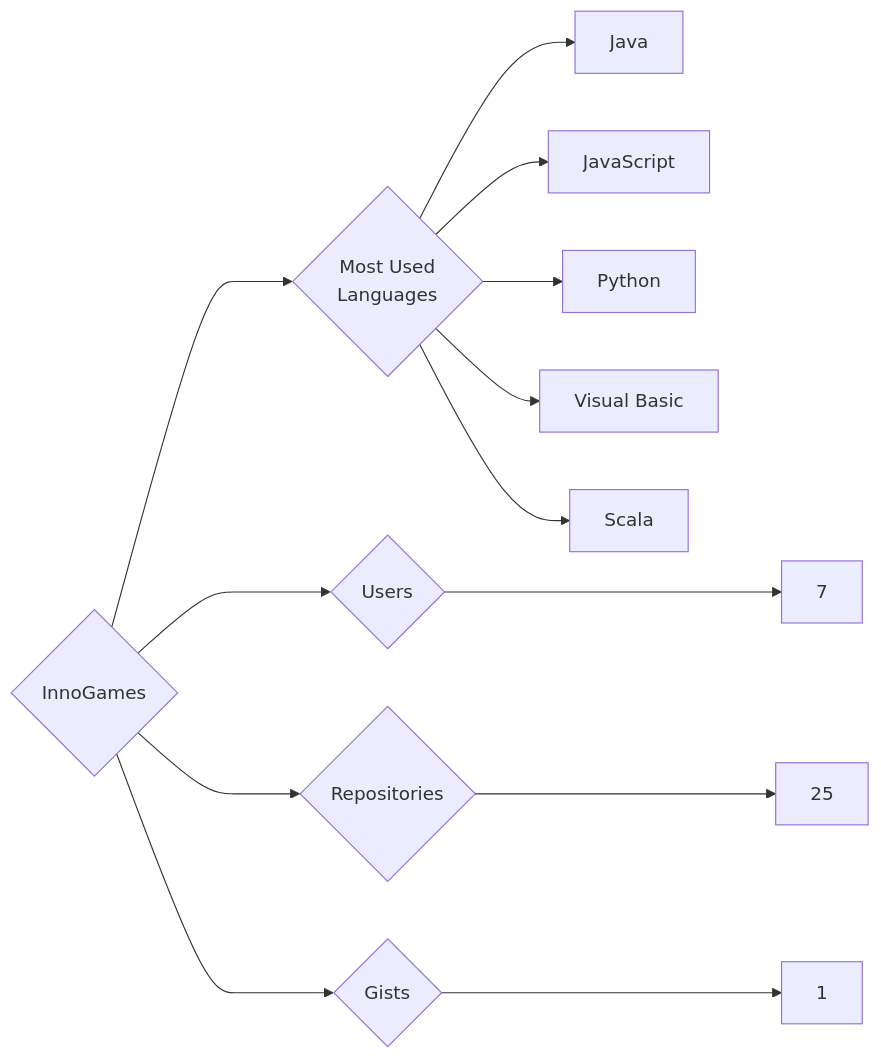
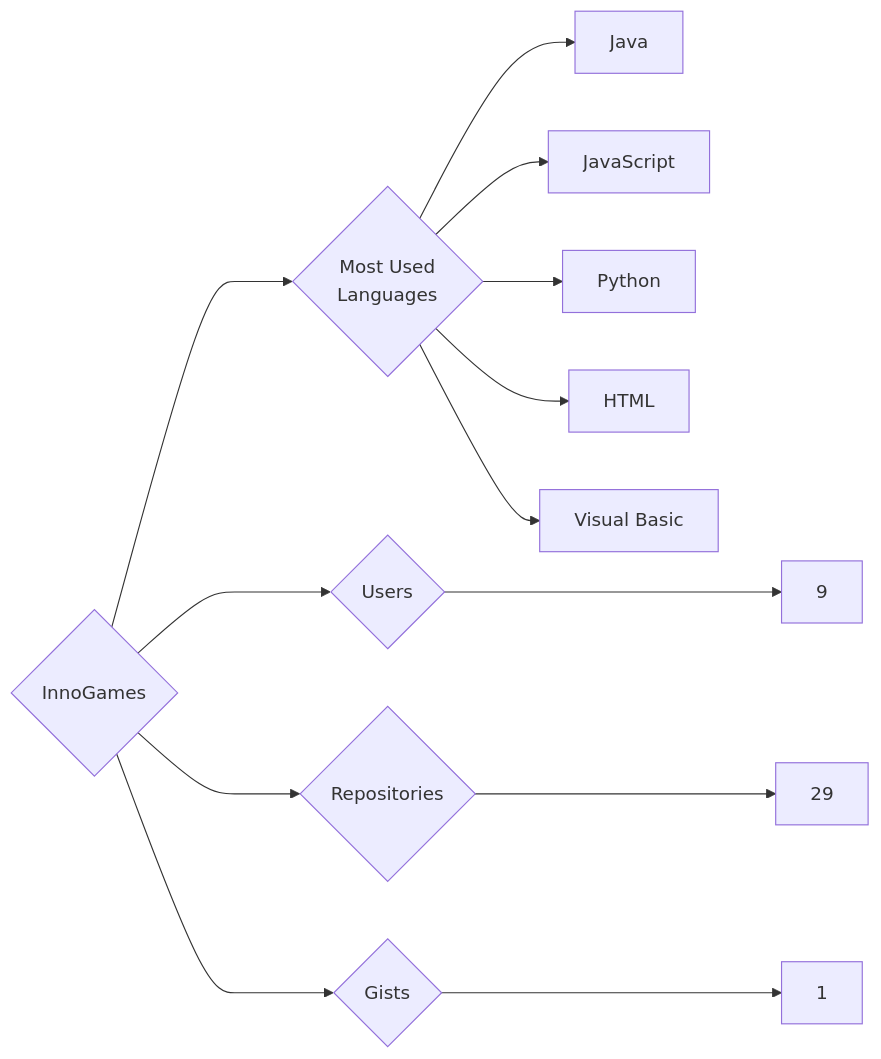
The diagram in targets/InnoGames/README.md (trickest/insiders), drawn with Mermaid before and after one commit. The commit also changed 1149 other files, not shown here.

````diff
--- a/targets/InnoGames/README.md
+++ b/targets/InnoGames/README.md
@@ -3,13 +3,13 @@
 ```mermaid
 graph LR
 COMPANY_NAME{InnoGames}
-COMPANY_NAME ---> U{Users} ---> UN[7]
-COMPANY_NAME ---> R{Repositories} ---> RN[25]
+COMPANY_NAME ---> U{Users} ---> UN[9]
+COMPANY_NAME ---> R{Repositories} ---> RN[29]
 COMPANY_NAME ---> G{Gists} ---> GN[1]
 COMPANY_NAME ---> ML{Most Used<br>Languages}
 ML --> Java[Java]
 ML --> JavaScript[JavaScript]
 ML --> Python[Python]
+ML --> HTML[HTML]
 ML --> Visual_Basic[Visual Basic]
-ML --> Scala[Scala]
 ```
````
